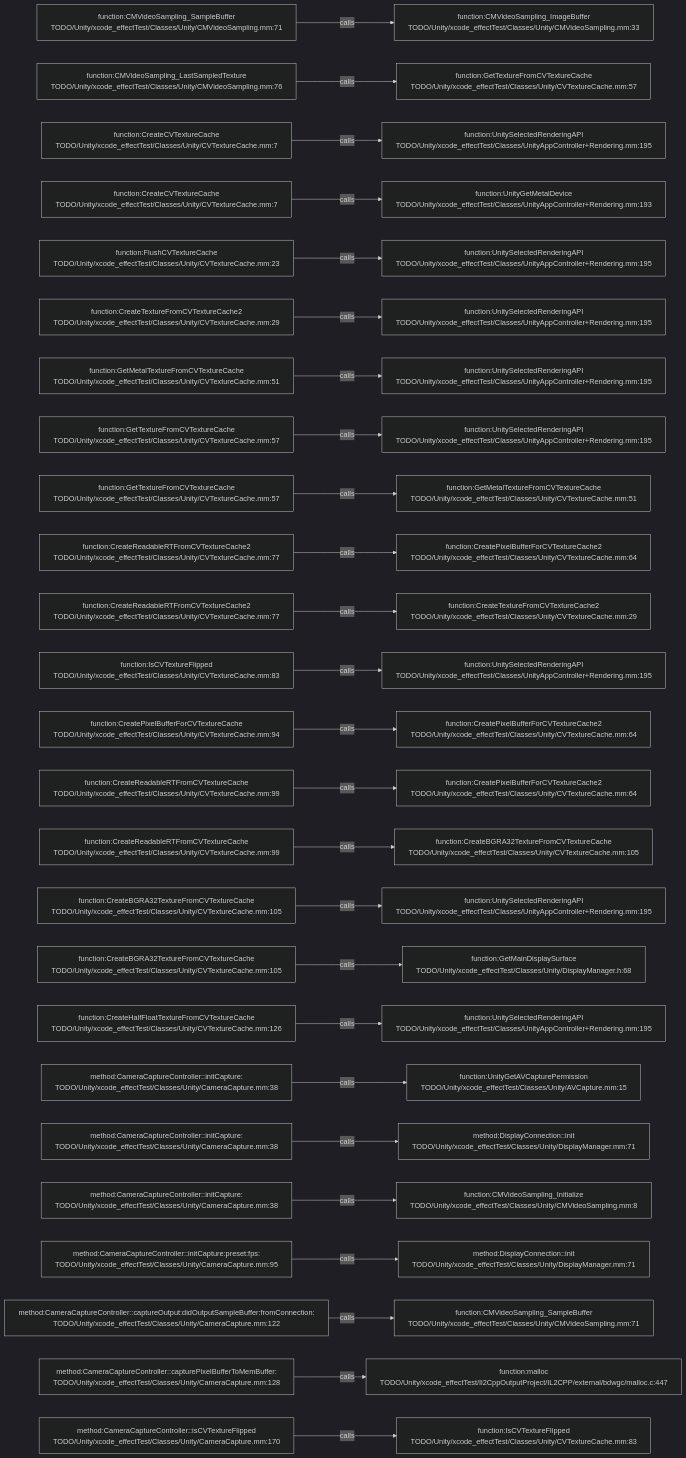
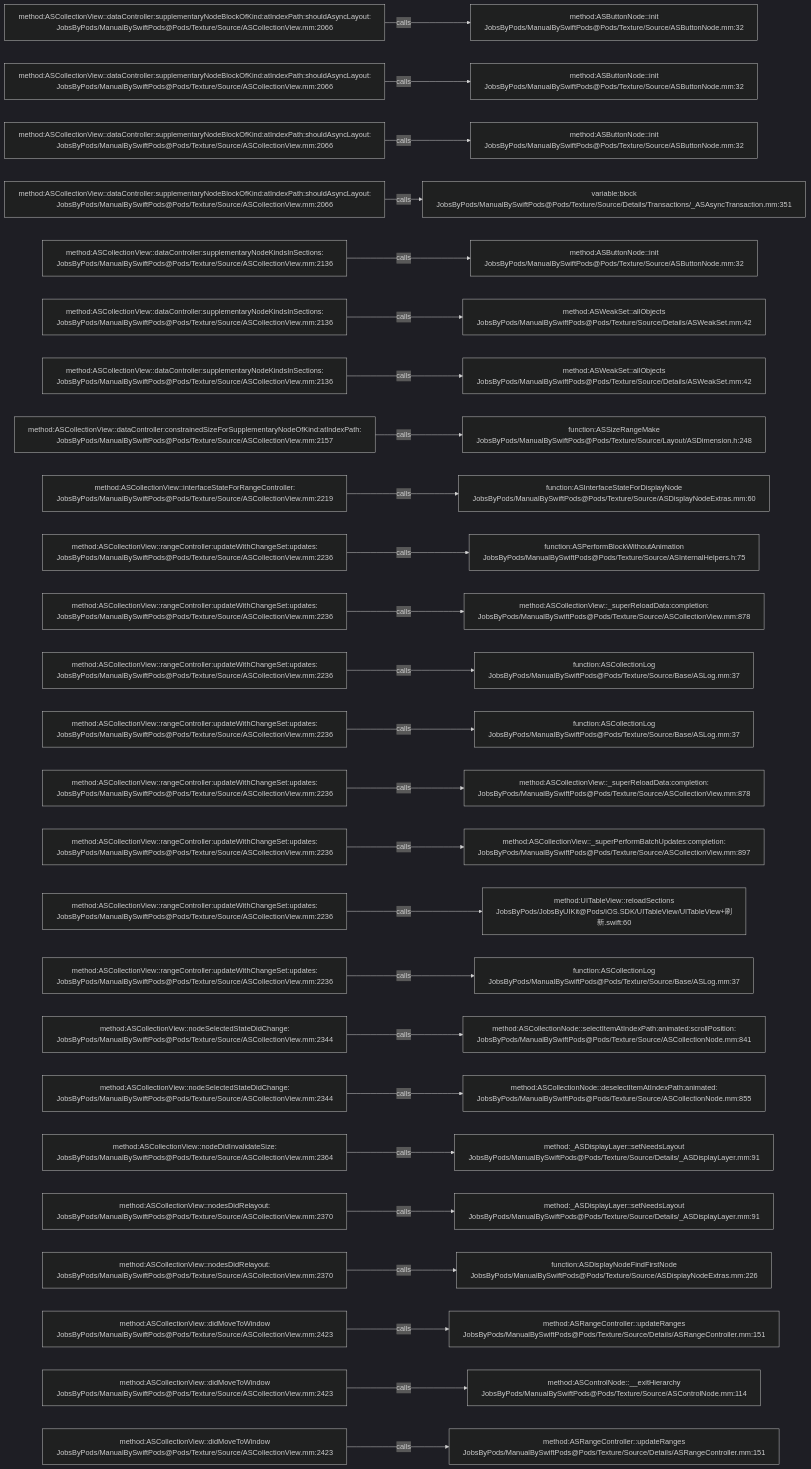
Before and after one commit to JobsKits/JobsSwiftBaseConfigDemo: the diagram in .codegraph/codegraph.md/graphs/calls-033.md, drawn with Mermaid (dark theme). The commit also changed 2959 other files, not shown here.

````diff
--- a/.codegraph/codegraph.md/graphs/calls-033.md
+++ b/.codegraph/codegraph.md/graphs/calls-033.md
@@ -13,78 +13,78 @@
 ```mermaid
 flowchart LR
-  S1["function:CMVideoSampling_SampleBuffer<br/>TODO/Unity/xcode_effectTest/Classes/Unity/CMVideoSampling.mm:71"]
-  T1["function:CMVideoSampling_ImageBuffer<br/>TODO/Unity/xcode_effectTest/Classes/Unity/CMVideoSampling.mm:33"]
+  S1["method:ASCollectionView::dataController:supplementaryNodeBlockOfKind:atIndexPath:shouldAsyncLayout:<br/>JobsByPods/ManualBySwiftPods@Pods/Texture/Source/ASCollectionView.mm:2066"]
+  T1["method:ASButtonNode::init<br/>JobsByPods/ManualBySwiftPods@Pods/Texture/Source/ASButtonNode.mm:32"]
   S1 -->|calls| T1
-  S2["function:CMVideoSampling_LastSampledTexture<br/>TODO/Unity/xcode_effectTest/Classes/Unity/CMVideoSampling.mm:76"]
-  T2["function:GetTextureFromCVTextureCache<br/>TODO/Unity/xcode_effectTest/Classes/Unity/CVTextureCache.mm:57"]
+  S2["method:ASCollectionView::dataController:supplementaryNodeBlockOfKind:atIndexPath:shouldAsyncLayout:<br/>JobsByPods/ManualBySwiftPods@Pods/Texture/Source/ASCollectionView.mm:2066"]
+  T2["method:ASButtonNode::init<br/>JobsByPods/ManualBySwiftPods@Pods/Texture/Source/ASButtonNode.mm:32"]
   S2 -->|calls| T2
-  S3["function:CreateCVTextureCache<br/>TODO/Unity/xcode_effectTest/Classes/Unity/CVTextureCache.mm:7"]
-  T3["function:UnitySelectedRenderingAPI<br/>TODO/Unity/xcode_effectTest/Classes/UnityAppController+Rendering.mm:195"]
+  S3["method:ASCollectionView::dataController:supplementaryNodeBlockOfKind:atIndexPath:shouldAsyncLayout:<br/>JobsByPods/ManualBySwiftPods@Pods/Texture/Source/ASCollectionView.mm:2066"]
+  T3["method:ASButtonNode::init<br/>JobsByPods/ManualBySwiftPods@Pods/Texture/Source/ASButtonNode.mm:32"]
   S3 -->|calls| T3
-  S4["function:CreateCVTextureCache<br/>TODO/Unity/xcode_effectTest/Classes/Unity/CVTextureCache.mm:7"]
-  T4["function:UnityGetMetalDevice<br/>TODO/Unity/xcode_effectTest/Classes/UnityAppController+Rendering.mm:193"]
+  S4["method:ASCollectionView::dataController:supplementaryNodeBlockOfKind:atIndexPath:shouldAsyncLayout:<br/>JobsByPods/ManualBySwiftPods@Pods/Texture/Source/ASCollectionView.mm:2066"]
+  T4["variable:block<br/>JobsByPods/ManualBySwiftPods@Pods/Texture/Source/Details/Transactions/_ASAsyncTransaction.mm:351"]
   S4 -->|calls| T4
-  S5["function:FlushCVTextureCache<br/>TODO/Unity/xcode_effectTest/Classes/Unity/CVTextureCache.mm:23"]
-  T5["function:UnitySelectedRenderingAPI<br/>TODO/Unity/xcode_effectTest/Classes/UnityAppController+Rendering.mm:195"]
+  S5["method:ASCollectionView::dataController:supplementaryNodeKindsInSections:<br/>JobsByPods/ManualBySwiftPods@Pods/Texture/Source/ASCollectionView.mm:2136"]
+  T5["method:ASButtonNode::init<br/>JobsByPods/ManualBySwiftPods@Pods/Texture/Source/ASButtonNode.mm:32"]
   S5 -->|calls| T5
-  S6["function:CreateTextureFromCVTextureCache2<br/>TODO/Unity/xcode_effectTest/Classes/Unity/CVTextureCache.mm:29"]
-  T6["function:UnitySelectedRenderingAPI<br/>TODO/Unity/xcode_effectTest/Classes/UnityAppController+Rendering.mm:195"]
+  S6["method:ASCollectionView::dataController:supplementaryNodeKindsInSections:<br/>JobsByPods/ManualBySwiftPods@Pods/Texture/Source/ASCollectionView.mm:2136"]
+  T6["method:ASWeakSet::allObjects<br/>JobsByPods/ManualBySwiftPods@Pods/Texture/Source/Details/ASWeakSet.mm:42"]
   S6 -->|calls| T6
-  S7["function:GetMetalTextureFromCVTextureCache<br/>TODO/Unity/xcode_effectTest/Classes/Unity/CVTextureCache.mm:51"]
-  T7["function:UnitySelectedRenderingAPI<br/>TODO/Unity/xcode_effectTest/Classes/UnityAppController+Rendering.mm:195"]
+  S7["method:ASCollectionView::dataController:supplementaryNodeKindsInSections:<br/>JobsByPods/ManualBySwiftPods@Pods/Texture/Source/ASCollectionView.mm:2136"]
+  T7["method:ASWeakSet::allObjects<br/>JobsByPods/ManualBySwiftPods@Pods/Texture/Source/Details/ASWeakSet.mm:42"]
   S7 -->|calls| T7
-  S8["function:GetTextureFromCVTextureCache<br/>TODO/Unity/xcode_effectTest/Classes/Unity/CVTextureCache.mm:57"]
-  T8["function:UnitySelectedRenderingAPI<br/>TODO/Unity/xcode_effectTest/Classes/UnityAppController+Rendering.mm:195"]
+  S8["method:ASCollectionView::dataController:constrainedSizeForSupplementaryNodeOfKind:atIndexPath:<br/>JobsByPods/ManualBySwiftPods@Pods/Texture/Source/ASCollectionView.mm:2157"]
+  T8["function:ASSizeRangeMake<br/>JobsByPods/ManualBySwiftPods@Pods/Texture/Source/Layout/ASDimension.h:248"]
   S8 -->|calls| T8
-  S9["function:GetTextureFromCVTextureCache<br/>TODO/Unity/xcode_effectTest/Classes/Unity/CVTextureCache.mm:57"]
-  T9["function:GetMetalTextureFromCVTextureCache<br/>TODO/Unity/xcode_effectTest/Classes/Unity/CVTextureCache.mm:51"]
+  S9["method:ASCollectionView::interfaceStateForRangeController:<br/>JobsByPods/ManualBySwiftPods@Pods/Texture/Source/ASCollectionView.mm:2219"]
+  T9["function:ASInterfaceStateForDisplayNode<br/>JobsByPods/ManualBySwiftPods@Pods/Texture/Source/ASDisplayNodeExtras.mm:60"]
   S9 -->|calls| T9
-  S10["function:CreateReadableRTFromCVTextureCache2<br/>TODO/Unity/xcode_effectTest/Classes/Unity/CVTextureCache.mm:77"]
-  T10["function:CreatePixelBufferForCVTextureCache2<br/>TODO/Unity/xcode_effectTest/Classes/Unity/CVTextureCache.mm:64"]
+  S10["method:ASCollectionView::rangeController:updateWithChangeSet:updates:<br/>JobsByPods/ManualBySwiftPods@Pods/Texture/Source/ASCollectionView.mm:2236"]
+  T10["function:ASPerformBlockWithoutAnimation<br/>JobsByPods/ManualBySwiftPods@Pods/Texture/Source/ASInternalHelpers.h:75"]
   S10 -->|calls| T10
-  S11["function:CreateReadableRTFromCVTextureCache2<br/>TODO/Unity/xcode_effectTest/Classes/Unity/CVTextureCache.mm:77"]
-  T11["function:CreateTextureFromCVTextureCache2<br/>TODO/Unity/xcode_effectTest/Classes/Unity/CVTextureCache.mm:29"]
+  S11["method:ASCollectionView::rangeController:updateWithChangeSet:updates:<br/>JobsByPods/ManualBySwiftPods@Pods/Texture/Source/ASCollectionView.mm:2236"]
+  T11["method:ASCollectionView::_superReloadData:completion:<br/>JobsByPods/ManualBySwiftPods@Pods/Texture/Source/ASCollectionView.mm:878"]
   S11 -->|calls| T11
-  S12["function:IsCVTextureFlipped<br/>TODO/Unity/xcode_effectTest/Classes/Unity/CVTextureCache.mm:83"]
-  T12["function:UnitySelectedRenderingAPI<br/>TODO/Unity/xcode_effectTest/Classes/UnityAppController+Rendering.mm:195"]
+  S12["method:ASCollectionView::rangeController:updateWithChangeSet:updates:<br/>JobsByPods/ManualBySwiftPods@Pods/Texture/Source/ASCollectionView.mm:2236"]
+  T12["function:ASCollectionLog<br/>JobsByPods/ManualBySwiftPods@Pods/Texture/Source/Base/ASLog.mm:37"]
   S12 -->|calls| T12
-  S13["function:CreatePixelBufferForCVTextureCache<br/>TODO/Unity/xcode_effectTest/Classes/Unity/CVTextureCache.mm:94"]
-  T13["function:CreatePixelBufferForCVTextureCache2<br/>TODO/Unity/xcode_effectTest/Classes/Unity/CVTextureCache.mm:64"]
+  S13["method:ASCollectionView::rangeController:updateWithChangeSet:updates:<br/>JobsByPods/ManualBySwiftPods@Pods/Texture/Source/ASCollectionView.mm:2236"]
+  T13["function:ASCollectionLog<br/>JobsByPods/ManualBySwiftPods@Pods/Texture/Source/Base/ASLog.mm:37"]
   S13 -->|calls| T13
-  S14["function:CreateReadableRTFromCVTextureCache<br/>TODO/Unity/xcode_effectTest/Classes/Unity/CVTextureCache.mm:99"]
-  T14["function:CreatePixelBufferForCVTextureCache2<br/>TODO/Unity/xcode_effectTest/Classes/Unity/CVTextureCache.mm:64"]
+  S14["method:ASCollectionView::rangeController:updateWithChangeSet:updates:<br/>JobsByPods/ManualBySwiftPods@Pods/Texture/Source/ASCollectionView.mm:2236"]
+  T14["method:ASCollectionView::_superReloadData:completion:<br/>JobsByPods/ManualBySwiftPods@Pods/Texture/Source/ASCollectionView.mm:878"]
   S14 -->|calls| T14
-  S15["function:CreateReadableRTFromCVTextureCache<br/>TODO/Unity/xcode_effectTest/Classes/Unity/CVTextureCache.mm:99"]
-  T15["function:CreateBGRA32TextureFromCVTextureCache<br/>TODO/Unity/xcode_effectTest/Classes/Unity/CVTextureCache.mm:105"]
+  S15["method:ASCollectionView::rangeController:updateWithChangeSet:updates:<br/>JobsByPods/ManualBySwiftPods@Pods/Texture/Source/ASCollectionView.mm:2236"]
+  T15["method:ASCollectionView::_superPerformBatchUpdates:completion:<br/>JobsByPods/ManualBySwiftPods@Pods/Texture/Source/ASCollectionView.mm:897"]
   S15 -->|calls| T15
-  S16["function:CreateBGRA32TextureFromCVTextureCache<br/>TODO/Unity/xcode_effectTest/Classes/Unity/CVTextureCache.mm:105"]
-  T16["function:UnitySelectedRenderingAPI<br/>TODO/Unity/xcode_effectTest/Classes/UnityAppController+Rendering.mm:195"]
+  S16["method:ASCollectionView::rangeController:updateWithChangeSet:updates:<br/>JobsByPods/ManualBySwiftPods@Pods/Texture/Source/ASCollectionView.mm:2236"]
+  T16["method:UITableView::reloadSections<br/>JobsByPods/JobsByUIKit@Pods/iOS.SDK/UITableView/UITableView+刷新.swift:60"]
   S16 -->|calls| T16
-  S17["function:CreateBGRA32TextureFromCVTextureCache<br/>TODO/Unity/xcode_effectTest/Classes/Unity/CVTextureCache.mm:105"]
-  T17["function:GetMainDisplaySurface<br/>TODO/Unity/xcode_effectTest/Classes/Unity/DisplayManager.h:68"]
+  S17["method:ASCollectionView::rangeController:updateWithChangeSet:updates:<br/>JobsByPods/ManualBySwiftPods@Pods/Texture/Source/ASCollectionView.mm:2236"]
+  T17["function:ASCollectionLog<br/>JobsByPods/ManualBySwiftPods@Pods/Texture/Source/Base/ASLog.mm:37"]
   S17 -->|calls| T17
-  S18["function:CreateHalfFloatTextureFromCVTextureCache<br/>TODO/Unity/xcode_effectTest/Classes/Unity/CVTextureCache.mm:126"]
-  T18["function:UnitySelectedRenderingAPI<br/>TODO/Unity/xcode_effectTest/Classes/UnityAppController+Rendering.mm:195"]
+  S18["method:ASCollectionView::nodeSelectedStateDidChange:<br/>JobsByPods/ManualBySwiftPods@Pods/Texture/Source/ASCollectionView.mm:2344"]
+  T18["method:ASCollectionNode::selectItemAtIndexPath:animated:scrollPosition:<br/>JobsByPods/ManualBySwiftPods@Pods/Texture/Source/ASCollectionNode.mm:841"]
   S18 -->|calls| T18
-  S19["method:CameraCaptureController::initCapture:<br/>TODO/Unity/xcode_effectTest/Classes/Unity/CameraCapture.mm:38"]
-  T19["function:UnityGetAVCapturePermission<br/>TODO/Unity/xcode_effectTest/Classes/Unity/AVCapture.mm:15"]
+  S19["method:ASCollectionView::nodeSelectedStateDidChange:<br/>JobsByPods/ManualBySwiftPods@Pods/Texture/Source/ASCollectionView.mm:2344"]
+  T19["method:ASCollectionNode::deselectItemAtIndexPath:animated:<br/>JobsByPods/ManualBySwiftPods@Pods/Texture/Source/ASCollectionNode.mm:855"]
   S19 -->|calls| T19
-  S20["method:CameraCaptureController::initCapture:<br/>TODO/Unity/xcode_effectTest/Classes/Unity/CameraCapture.mm:38"]
-  T20["method:DisplayConnection::init<br/>TODO/Unity/xcode_effectTest/Classes/Unity/DisplayManager.mm:71"]
+  S20["method:ASCollectionView::nodeDidInvalidateSize:<br/>JobsByPods/ManualBySwiftPods@Pods/Texture/Source/ASCollectionView.mm:2364"]
+  T20["method:_ASDisplayLayer::setNeedsLayout<br/>JobsByPods/ManualBySwiftPods@Pods/Texture/Source/Details/_ASDisplayLayer.mm:91"]
   S20 -->|calls| T20
-  S21["method:CameraCaptureController::initCapture:<br/>TODO/Unity/xcode_effectTest/Classes/Unity/CameraCapture.mm:38"]
-  T21["function:CMVideoSampling_Initialize<br/>TODO/Unity/xcode_effectTest/Classes/Unity/CMVideoSampling.mm:8"]
+  S21["method:ASCollectionView::nodesDidRelayout:<br/>JobsByPods/ManualBySwiftPods@Pods/Texture/Source/ASCollectionView.mm:2370"]
+  T21["method:_ASDisplayLayer::setNeedsLayout<br/>JobsByPods/ManualBySwiftPods@Pods/Texture/Source/Details/_ASDisplayLayer.mm:91"]
   S21 -->|calls| T21
-  S22["method:CameraCaptureController::initCapture:preset:fps:<br/>TODO/Unity/xcode_effectTest/Classes/Unity/CameraCapture.mm:95"]
-  T22["method:DisplayConnection::init<br/>TODO/Unity/xcode_effectTest/Classes/Unity/DisplayManager.mm:71"]
+  S22["method:ASCollectionView::nodesDidRelayout:<br/>JobsByPods/ManualBySwiftPods@Pods/Texture/Source/ASCollectionView.mm:2370"]
+  T22["function:ASDisplayNodeFindFirstNode<br/>JobsByPods/ManualBySwiftPods@Pods/Texture/Source/ASDisplayNodeExtras.mm:226"]
   S22 -->|calls| T22
-  S23["method:CameraCaptureController::captureOutput:didOutputSampleBuffer:fromConnection:<br/>TODO/Unity/xcode_effectTest/Classes/Unity/CameraCapture.mm:122"]
-  T23["function:CMVideoSampling_SampleBuffer<br/>TODO/Unity/xcode_effectTest/Classes/Unity/CMVideoSampling.mm:71"]
+  S23["method:ASCollectionView::didMoveToWindow<br/>JobsByPods/ManualBySwiftPods@Pods/Texture/Source/ASCollectionView.mm:2423"]
+  T23["method:ASRangeController::updateRanges<br/>JobsByPods/ManualBySwiftPods@Pods/Texture/Source/Details/ASRangeController.mm:151"]
   S23 -->|calls| T23
-  S24["method:CameraCaptureController::capturePixelBufferToMemBuffer:<br/>TODO/Unity/xcode_effectTest/Classes/Unity/CameraCapture.mm:128"]
-  T24["function:malloc<br/>TODO/Unity/xcode_effectTest/Il2CppOutputProject/IL2CPP/external/bdwgc/malloc.c:447"]
+  S24["method:ASCollectionView::didMoveToWindow<br/>JobsByPods/ManualBySwiftPods@Pods/Texture/Source/ASCollectionView.mm:2423"]
+  T24["method:ASControlNode::__exitHierarchy<br/>JobsByPods/ManualBySwiftPods@Pods/Texture/Source/ASControlNode.mm:114"]
   S24 -->|calls| T24
-  S25["method:CameraCaptureController::isCVTextureFlipped<br/>TODO/Unity/xcode_effectTest/Classes/Unity/CameraCapture.mm:170"]
-  T25["function:IsCVTextureFlipped<br/>TODO/Unity/xcode_effectTest/Classes/Unity/CVTextureCache.mm:83"]
+  S25["method:ASCollectionView::didMoveToWindow<br/>JobsByPods/ManualBySwiftPods@Pods/Texture/Source/ASCollectionView.mm:2423"]
+  T25["method:ASRangeController::updateRanges<br/>JobsByPods/ManualBySwiftPods@Pods/Texture/Source/Details/ASRangeController.mm:151"]
   S25 -->|calls| T25
 ```
````
